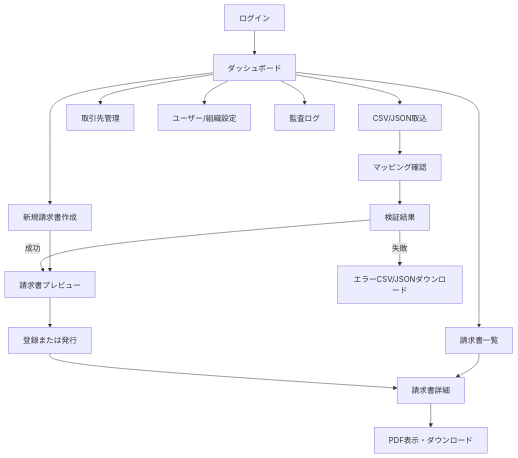
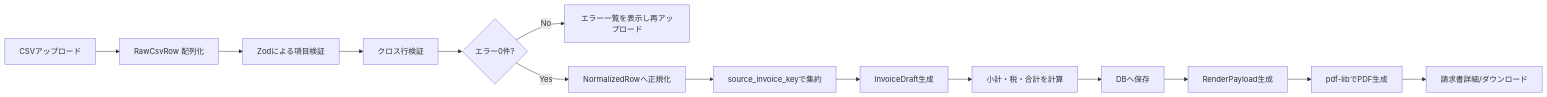
Before and after one commit to hiroto11111/dop-app: the first of 3 diagrams in AGENTS.md, drawn with Mermaid. The commit also changed other lines of this file and 1 other file, not shown here.

````diff
--- a/AGENTS.md
+++ b/AGENTS.md
@@ -100,19 +184,16 @@
 ```mermaid
-flowchart TD
-    L[ログイン] --> D[ダッシュボード]
-    D --> I[CSV/JSON取込]
-    D --> N[新規請求書作成]
-    I --> M[マッピング確認]
-    M --> V[検証結果]
-    V -->|成功| P[請求書プレビュー]
-    V -->|失敗| E[エラーCSV/JSONダウンロード]
-    N --> P
-    P --> S[登録または発行]
-    S --> X[請求書詳細]
-    X --> F[PDF表示・ダウンロード]
-    D --> Q[請求書一覧]
-    Q --> X
-    D --> C[取引先管理]
-    D --> U[ユーザー/組織設定]
-    D --> A[監査ログ]
+flowchart LR
+    A[CSVアップロード] --> B[RawCsvRow 配列化]
+    B --> C[Zodによる項目検証]
+    C --> D[クロス行検証]
+    D --> E{エラー0件?}
+    E -- No --> F[エラー一覧を表示し再アップロード]
+    E -- Yes --> G[NormalizedRowへ正規化]
+    G --> H[source_invoice_keyで集約]
+    H --> I[InvoiceDraft生成]
+    I --> J[小計・税・合計を計算]
+    J --> K[DBへ保存]
+    K --> L[RenderPayload生成]
+    L --> M[pdf-libでPDF生成]
+    M --> N[請求書詳細/ダウンロード]
 ```
````
